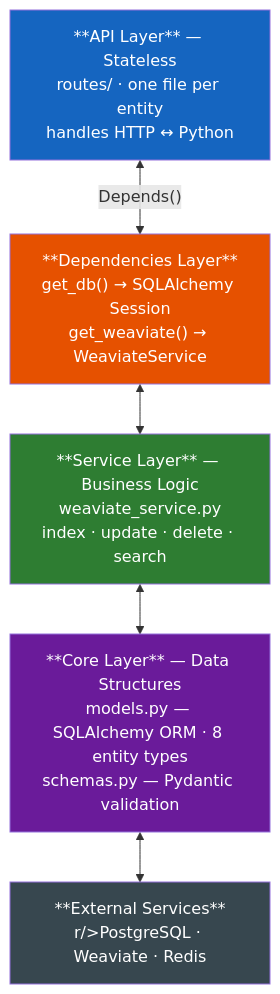
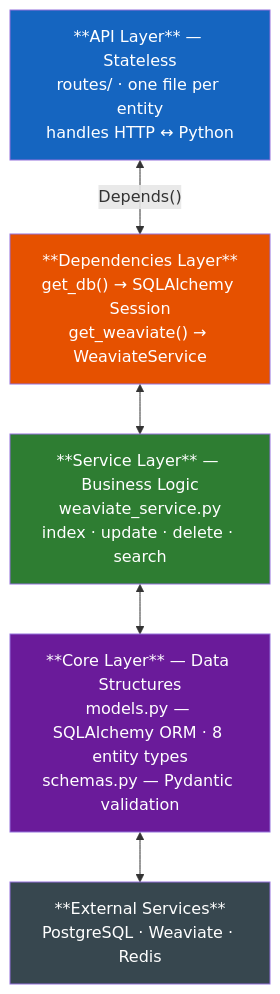
The second of 8 diagrams in docs/api/ARCHITECTURE.md (ITlusions/ITL.Braincell), drawn with Mermaid before and after one commit. The commit also changed other lines of this file and 3 other files, not shown here.

````diff
--- a/docs/api/ARCHITECTURE.md
+++ b/docs/api/ARCHITECTURE.md
@@ -108,19 +108,19 @@
 ```mermaid
 graph TD
     A["**API Layer** — Stateless<br/>routes/ · one file per entity<br/>handles HTTP ↔ Python"]
     B["**Dependencies Layer**<br/>get_db() → SQLAlchemy Session<br/>get_weaviate() → WeaviateService"]
     C["**Service Layer** — Business Logic<br/>weaviate_service.py<br/>index · update · delete · search"]
     D["**Core Layer** — Data Structures<br/>models.py — SQLAlchemy ORM · 8 entity types<br/>schemas.py — Pydantic validation"]
-    E["**External Services**<br/>r/>PostgreSQL · Weaviate · Redis"]
+    E["**External Services**<br/>PostgreSQL · Weaviate · Redis"]
 
     A <-->|"Depends()"| B
     B <--> C
     C <--> D
     D <--> E
 
     style A fill:#1565C0,color:#fff
     style B fill:#E65100,color:#fff
     style C fill:#2E7D32,color:#fff
     style D fill:#6A1B9A,color:#fff
     style E fill:#37474F,color:#fff
 ```
````
